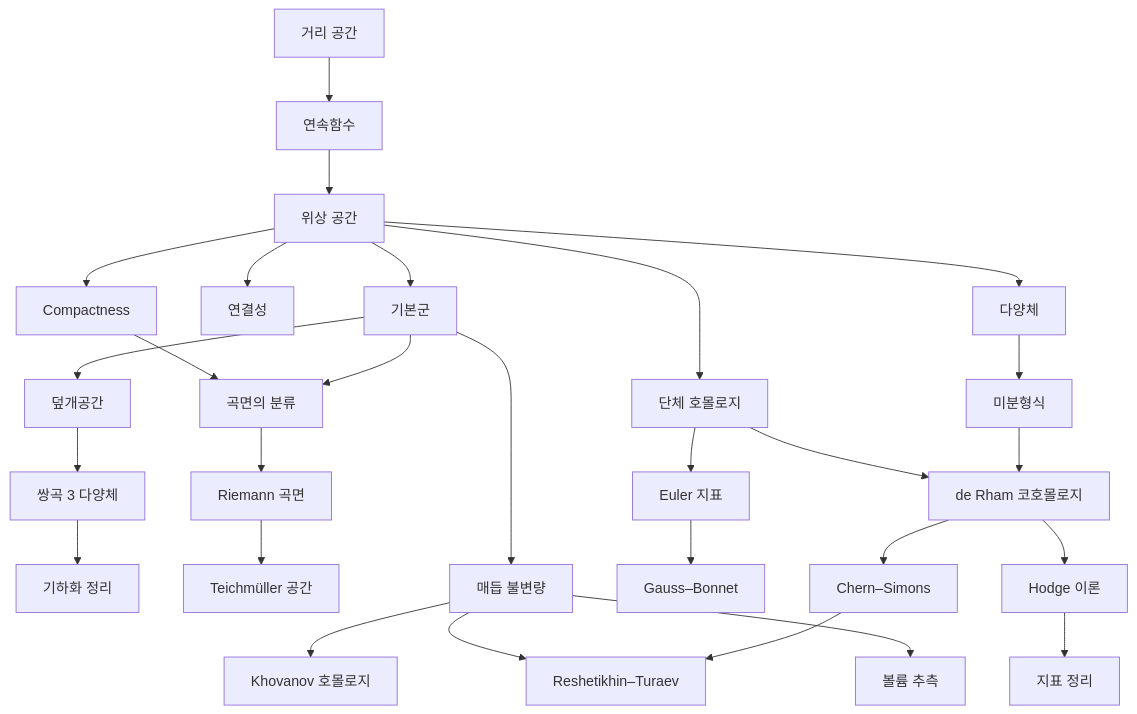
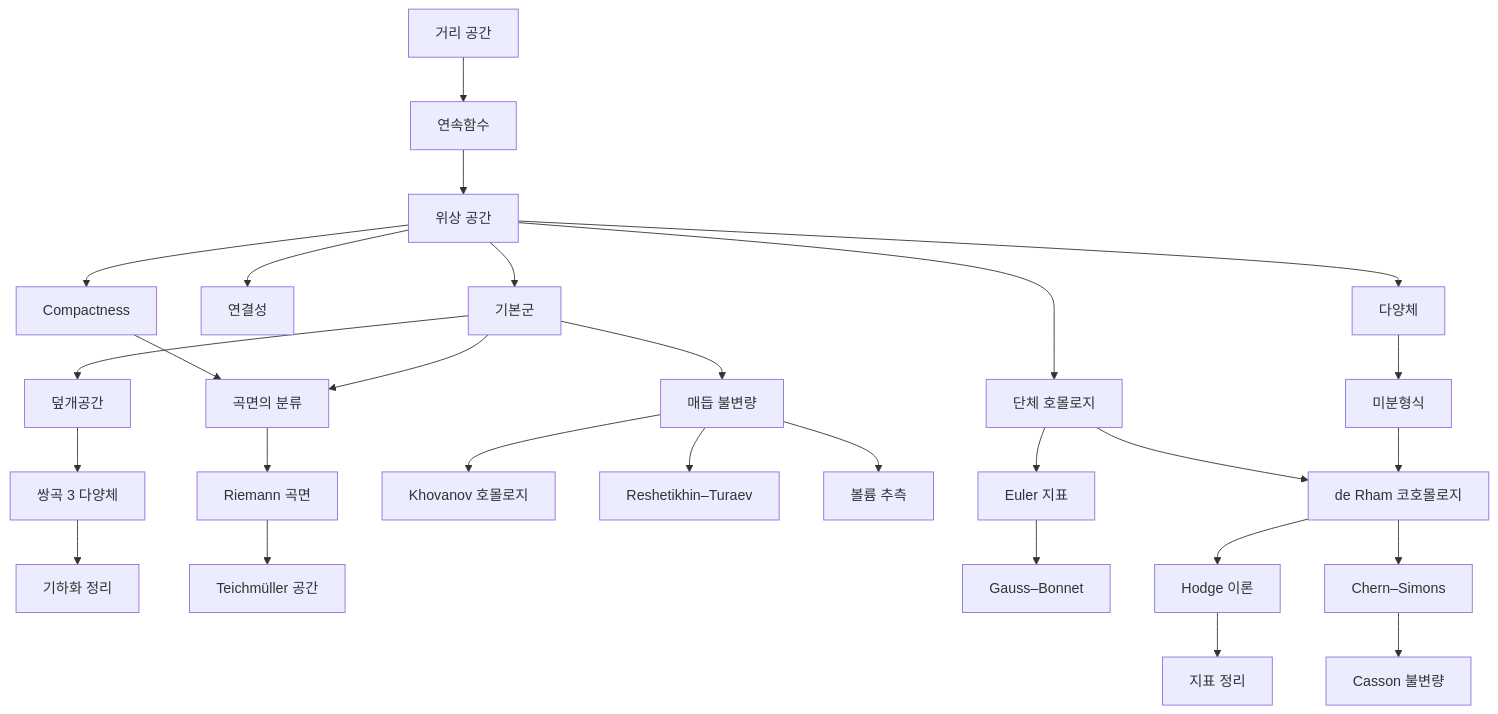
The diagram in docs/topology-overview.md (Phryxia/math-map), drawn with Mermaid before and after one commit.

Commit message:
fix the topology map: chern-simons points at casson-invariant, not reshetikhin-turaev
Claude-Session: https://claude.ai/code/session_016EuYg435kv12tJLbLnJ5CR

````diff
--- a/docs/topology-overview.md
+++ b/docs/topology-overview.md
@@ -11,15 +11,15 @@
 ```mermaid
 graph TD
   MS["거리 공간"] --> CT["연속함수"] --> TP["위상 공간"]
   TP --> CP["Compactness"] --> CS["곡면의 분류"]
   TP --> CN["연결성"]
   TP --> FG["기본군"] --> CV["덮개공간"] --> H3["쌍곡 3 다양체"] --> GZ["기하화 정리"]
   FG --> CS --> RS["Riemann 곡면"] --> TS["Teichmüller 공간"]
   FG --> KN["매듭 불변량"] --> KH["Khovanov 호몰로지"]
   KN --> RT["Reshetikhin–Turaev"]
   KN --> VC["볼륨 추측"]
   TP --> HM["단체 호몰로지"] --> EC["Euler 지표"] --> GB["Gauss–Bonnet"]
   HM --> DR["de Rham 코호몰로지"] --> HT["Hodge 이론"] --> IT["지표 정리"]
   TP --> MF["다양체"] --> DF["미분형식"] --> DR
-  DR --> CSM["Chern–Simons"] --> RT
+  DR --> CSM["Chern–Simons"] --> CI["Casson 불변량"]
 ```
````
